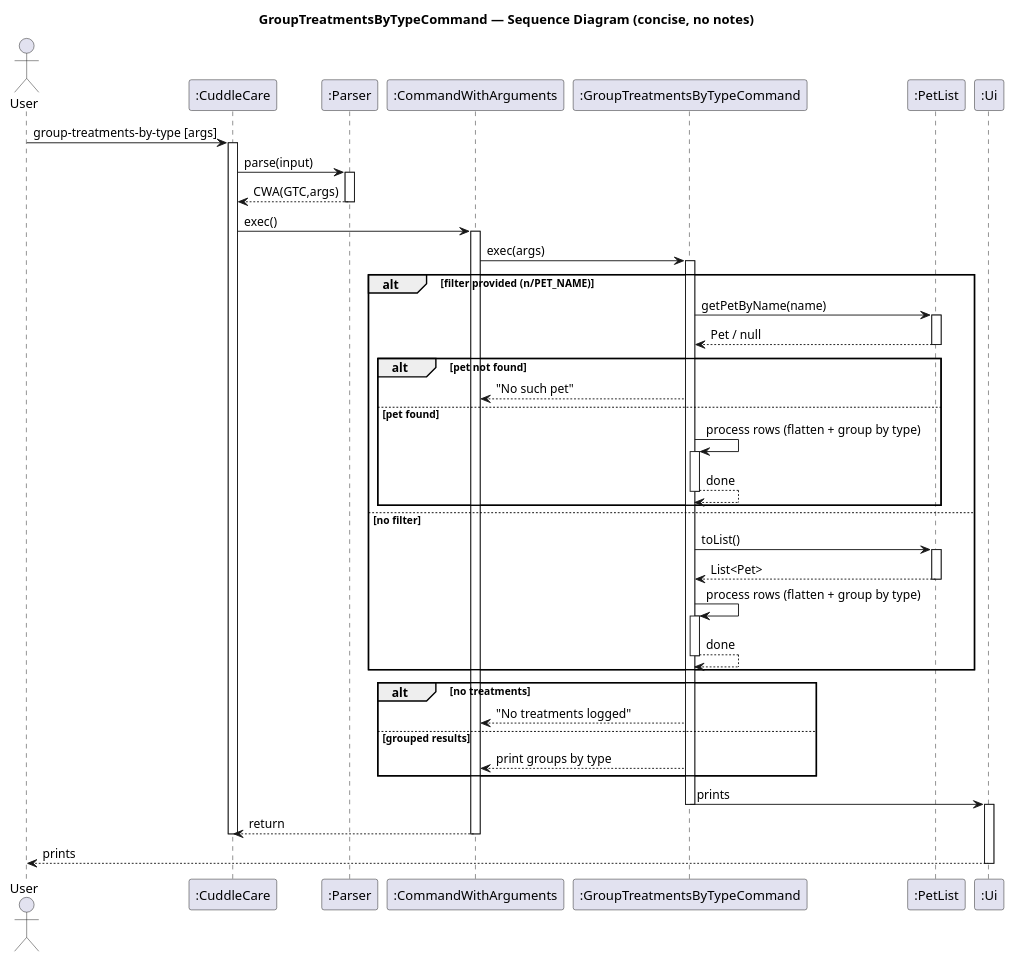
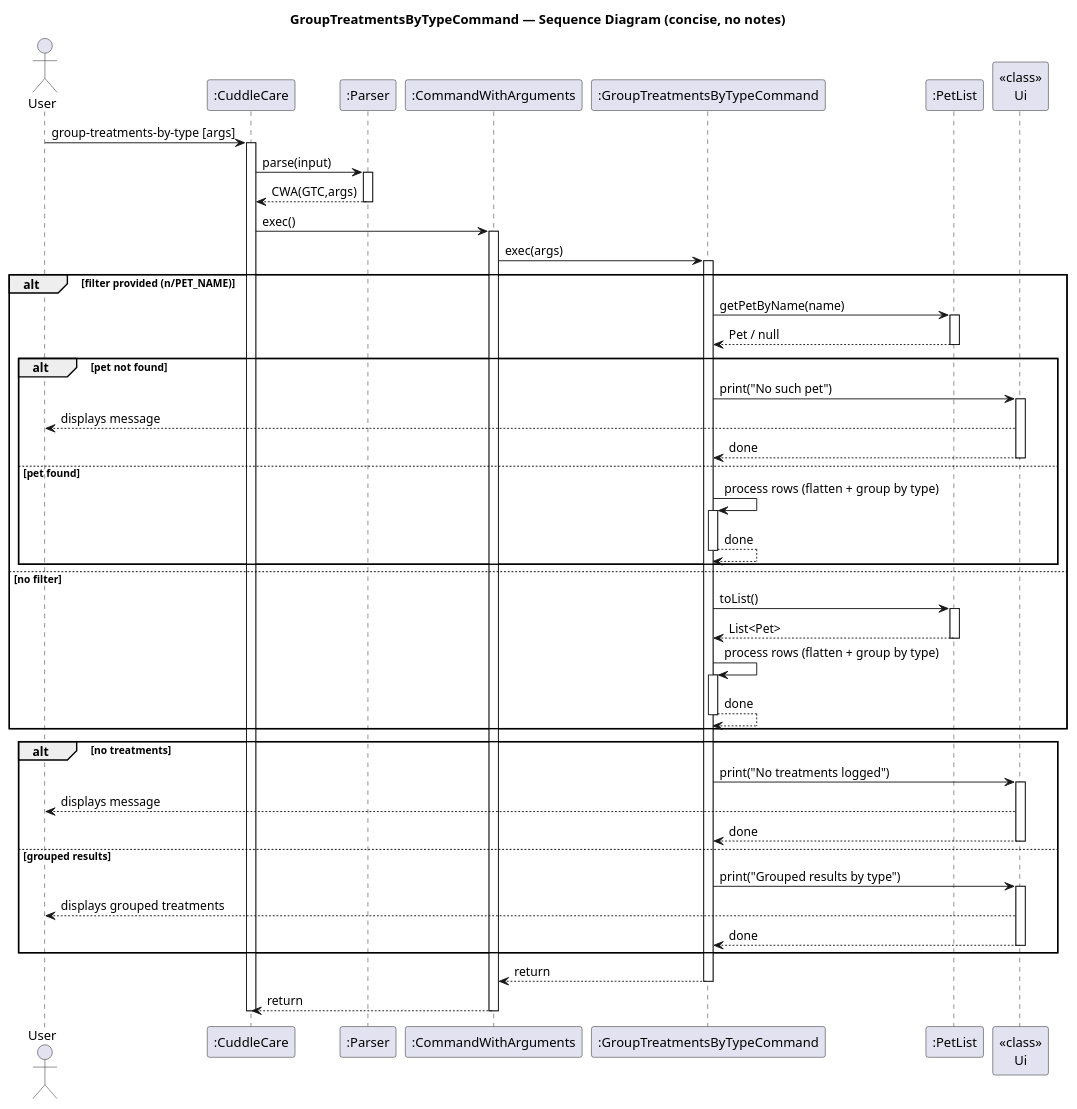
Before and after one commit to Kevin88866/tp: the diagram in docs/uml/GroupTreatmentsByTypeCommand_Sequence_Diagram.puml, drawn with PlantUML. The commit also changed 12 other files, not shown here.

First line of the commit message:
modify code and sequence diagram

```diff
--- a/docs/uml/GroupTreatmentsByTypeCommand_Sequence_Diagram.puml
+++ b/docs/uml/GroupTreatmentsByTypeCommand_Sequence_Diagram.puml
@@ -1,60 +1,70 @@
 @startuml
 title GroupTreatmentsByTypeCommand — Sequence Diagram (concise, no notes)
 actor User
 participant ":CuddleCare" as CuddleCare
 participant ":Parser" as Parser
 participant ":CommandWithArguments" as CWA
 participant ":GroupTreatmentsByTypeCommand" as GTC
 participant ":PetList" as PetList
-participant ":Ui" as Ui
+participant "<<class>>\nUi" as Ui
 
 User -> CuddleCare : group-treatments-by-type [args]
 activate CuddleCare
 CuddleCare -> Parser : parse(input)
 activate Parser
 Parser --> CuddleCare : CWA(GTC,args)
 deactivate Parser
 
 CuddleCare -> CWA : exec()
 activate CWA
 CWA -> GTC : exec(args)
 activate GTC
 
 alt filter provided (n/PET_NAME)
   GTC -> PetList : getPetByName(name)
   activate PetList
   PetList --> GTC : Pet / null
   deactivate PetList
   alt pet not found
-    GTC --> CWA : "No such pet"
+    GTC -> Ui : print("No such pet")
+    activate Ui
+    Ui --> User : displays message
+    Ui --> GTC : done
+    deactivate Ui
   else pet found
     GTC -> GTC : process rows (flatten + group by type)
     activate GTC
     GTC --> GTC : done
     deactivate GTC
   end
 else no filter
   GTC -> PetList : toList()
   activate PetList
   PetList --> GTC : List<Pet>
   deactivate PetList
   GTC -> GTC : process rows (flatten + group by type)
   activate GTC
   GTC --> GTC : done
   deactivate GTC
 end
 
 alt no treatments
-  GTC --> CWA : "No treatments logged"
+  GTC -> Ui : print("No treatments logged")
+  activate Ui
+  Ui --> User : displays message
+  Ui --> GTC : done
+  deactivate Ui
 else grouped results
-  GTC --> CWA : print groups by type
+  GTC -> Ui : print("Grouped results by type")
+  activate Ui
+  Ui --> User : displays grouped treatments
+  Ui --> GTC : done
+  deactivate Ui
 end
-GTC -> Ui : prints
+
+GTC --> CWA : return
 deactivate GTC
-activate Ui
 CWA --> CuddleCare : return
 deactivate CWA
 deactivate CuddleCare
-Ui --> User : prints
-deactivate Ui
 @enduml
```
